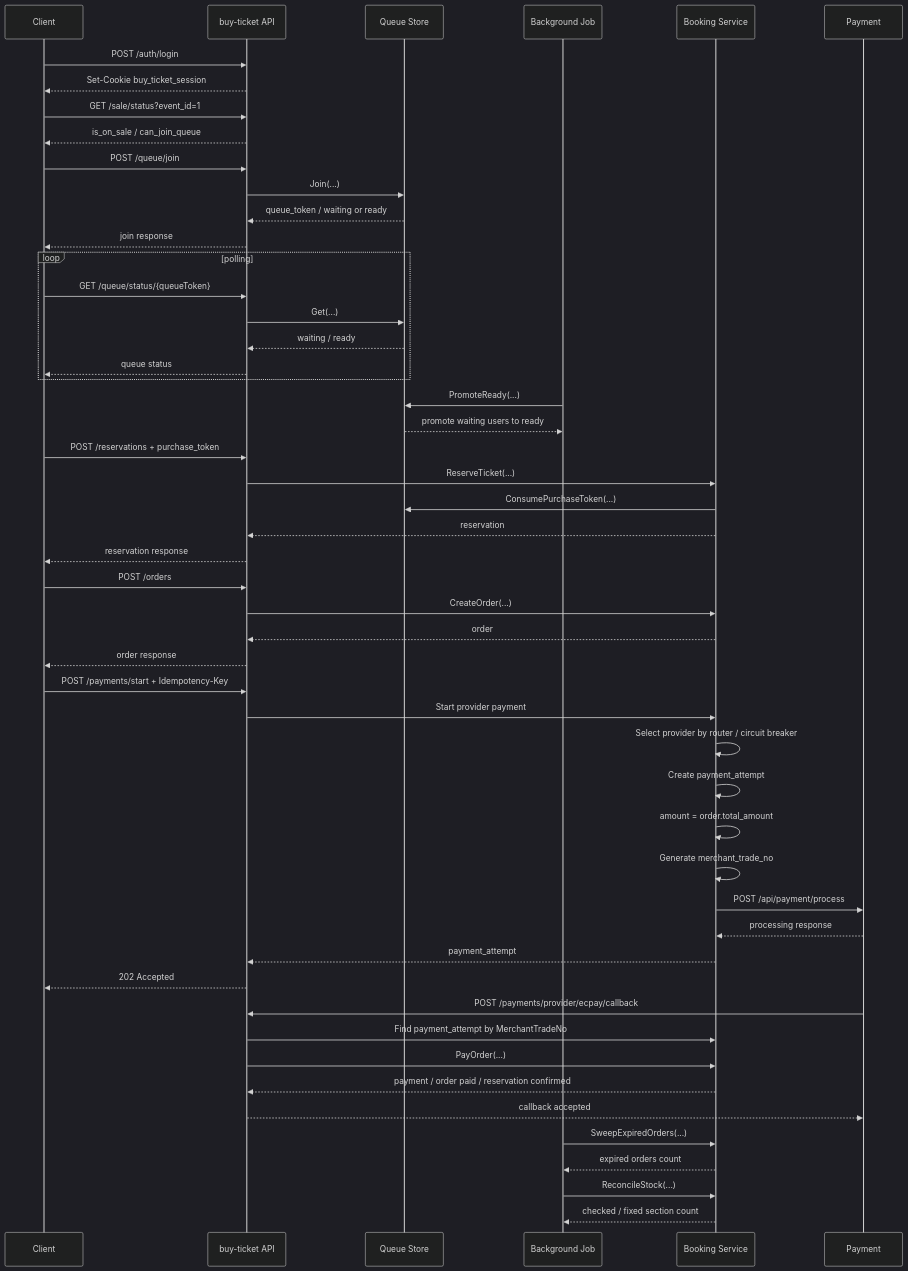
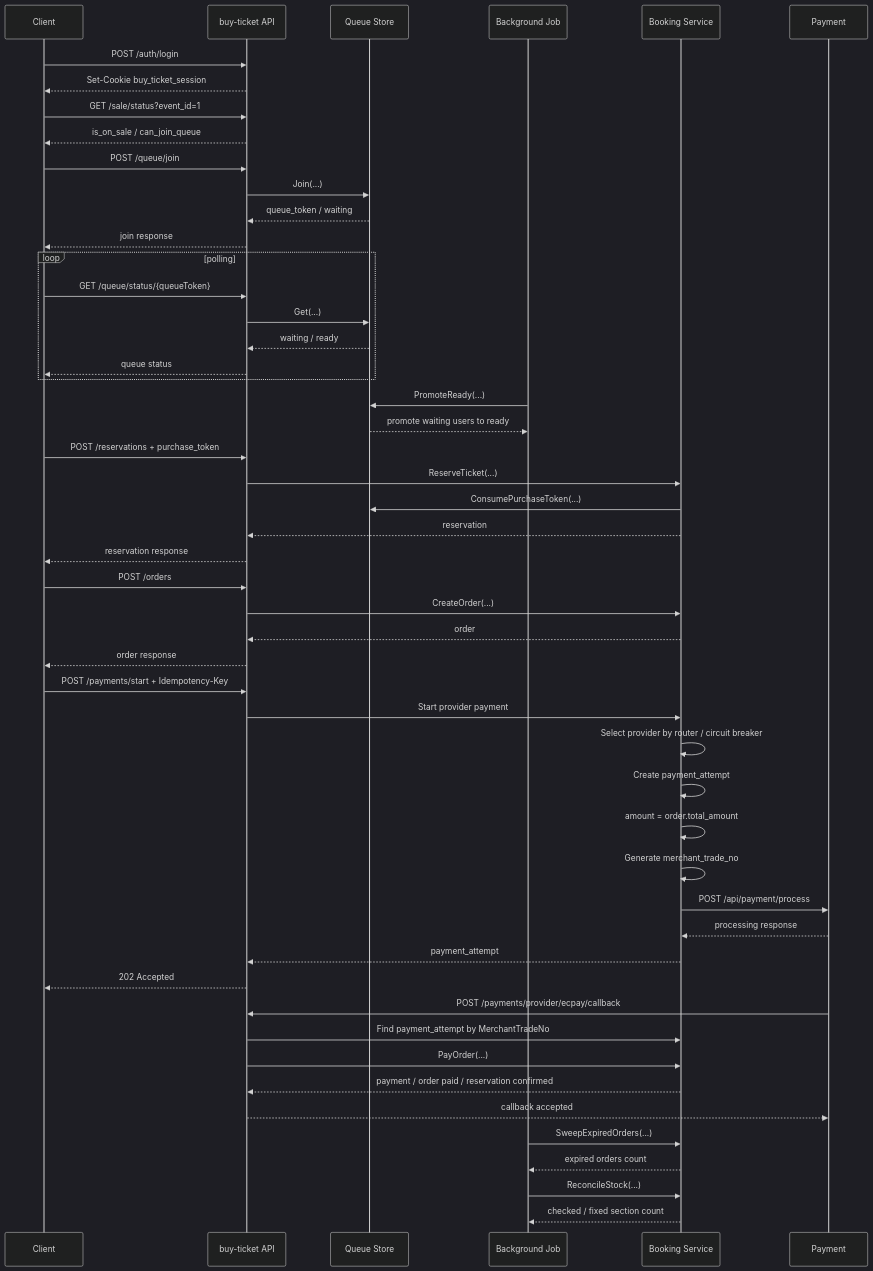
Before and after one commit to austin72905/buy-ticket: the second of 2 diagrams in doc/api-flow.md, drawn with Mermaid (dark theme). The commit also changed other lines of this file and 5 other files, not shown here.

````diff
--- a/doc/api-flow.md
+++ b/doc/api-flow.md
@@ -72,63 +72,63 @@
 ```mermaid
 sequenceDiagram
     participant Client as Client
     participant API as buy-ticket API
     participant Queue as Queue Store
     participant Job as Background Job
     participant Booking as Booking Service
 
     Client->>API: POST /auth/login
     API-->>Client: Set-Cookie buy_ticket_session
 
     Client->>API: GET /sale/status?event_id=1
     API-->>Client: is_on_sale / can_join_queue
 
     Client->>API: POST /queue/join
     API->>Queue: Join(...)
-    Queue-->>API: queue_token / waiting or ready
+    Queue-->>API: queue_token / waiting
     API-->>Client: join response
 
     loop polling
         Client->>API: GET /queue/status/{queueToken}
         API->>Queue: Get(...)
         Queue-->>API: waiting / ready
         API-->>Client: queue status
     end
 
     Job->>Queue: PromoteReady(...)
     Queue-->>Job: promote waiting users to ready
 
     Client->>API: POST /reservations + purchase_token
     API->>Booking: ReserveTicket(...)
     Booking->>Queue: ConsumePurchaseToken(...)
     Booking-->>API: reservation
     API-->>Client: reservation response
 
     Client->>API: POST /orders
     API->>Booking: CreateOrder(...)
     Booking-->>API: order
     API-->>Client: order response
 
     Client->>API: POST /payments/start + Idempotency-Key
     API->>Booking: Start provider payment
     Booking->>Booking: Select provider by router / circuit breaker
     Booking->>Booking: Create payment_attempt
     Booking->>Booking: amount = order.total_amount
     Booking->>Booking: Generate merchant_trade_no
     Booking->>Payment: POST /api/payment/process
     Payment-->>Booking: processing response
     Booking-->>API: payment_attempt
     API-->>Client: 202 Accepted
 
     Payment->>API: POST /payments/provider/ecpay/callback
     API->>Booking: Find payment_attempt by MerchantTradeNo
     API->>Booking: PayOrder(...)
     Booking-->>API: payment / order paid / reservation confirmed
     API-->>Payment: callback accepted
 
     Job->>Booking: SweepExpiredOrders(...)
     Booking-->>Job: expired orders count
 
     Job->>Booking: ReconcileStock(...)
     Booking-->>Job: checked / fixed section count
 ```
````
